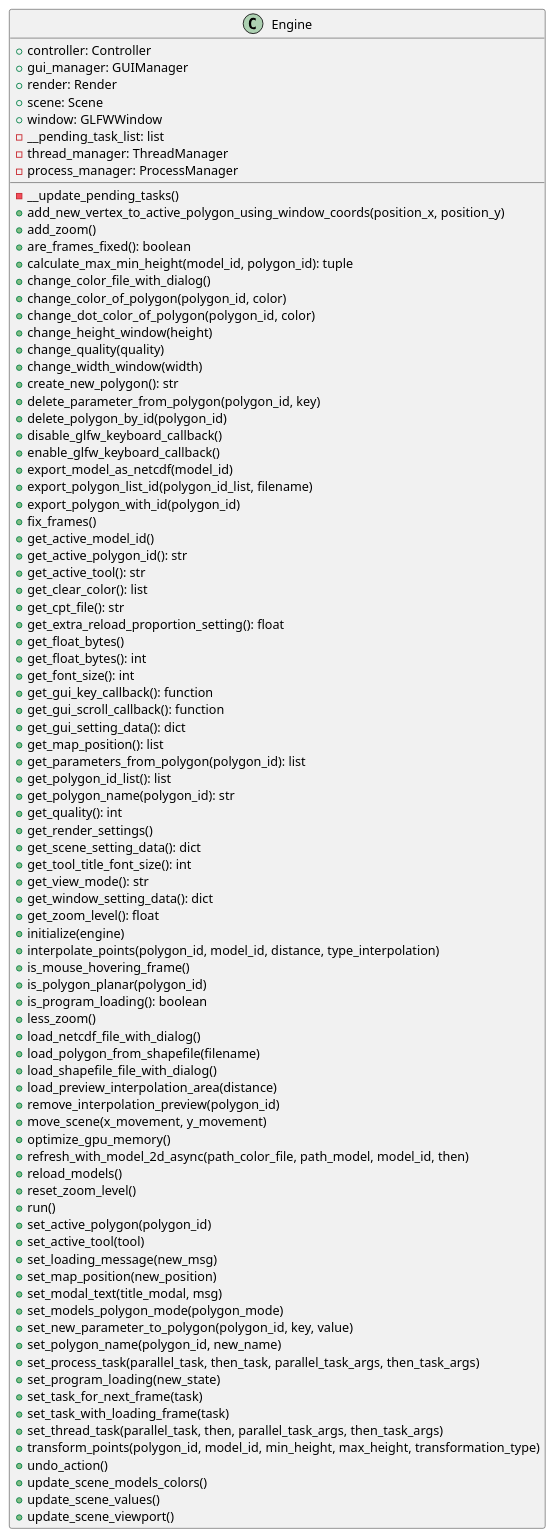
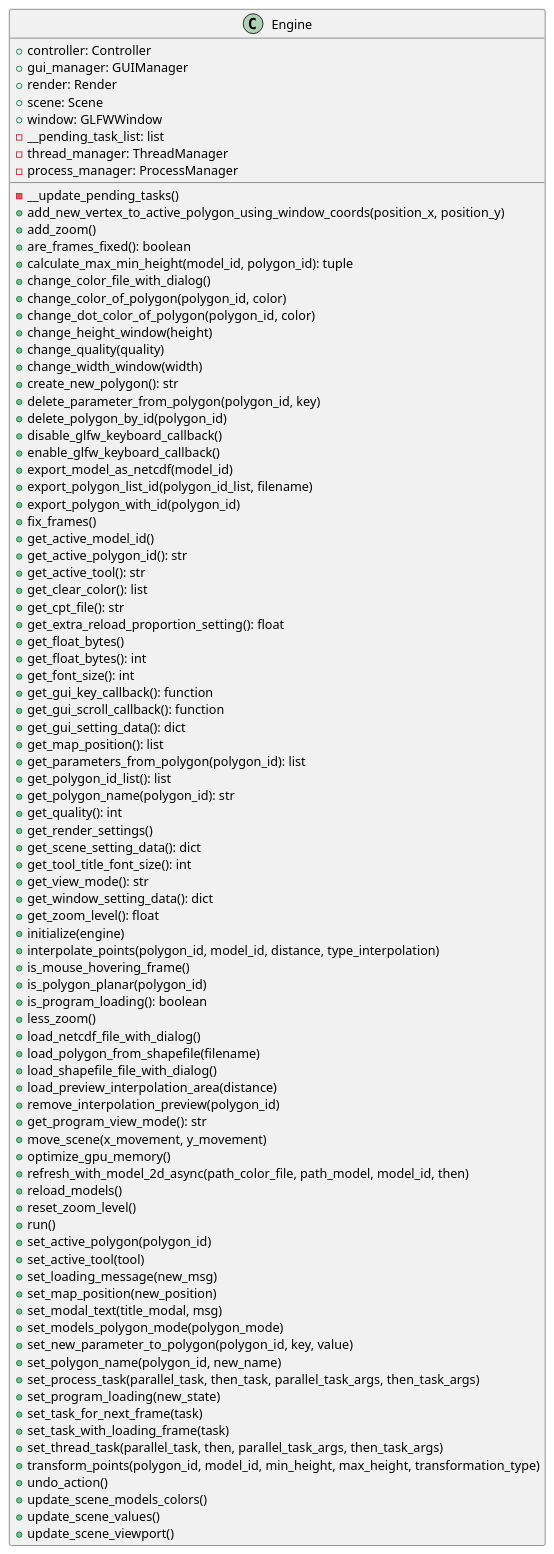
The diagram in docs/classes/Engine.puml (ferpoble2/Relief_Creator), drawn with PlantUML before and after one commit. The commit also changed 4 other files, not shown here.

Commit message:
Added connections to get the state of the view mode being used by the program

```diff
--- a/docs/classes/Engine.puml
+++ b/docs/classes/Engine.puml
@@ -1,92 +1,93 @@
 @startuml
 class Engine {
     + controller: Controller
     + gui_manager: GUIManager
     + render: Render
     + scene: Scene
     + window: GLFWWindow
     - __pending_task_list: list
     - thread_manager: ThreadManager
     - process_manager: ProcessManager
 
     - __update_pending_tasks()
     + add_new_vertex_to_active_polygon_using_window_coords(position_x, position_y)
     + add_zoom()
     + are_frames_fixed(): boolean
     + calculate_max_min_height(model_id, polygon_id): tuple
     + change_color_file_with_dialog()
     + change_color_of_polygon(polygon_id, color)
     + change_dot_color_of_polygon(polygon_id,  color)
     + change_height_window(height)
     + change_quality(quality)
     + change_width_window(width)
     + create_new_polygon(): str
     + delete_parameter_from_polygon(polygon_id, key)
     + delete_polygon_by_id(polygon_id)
     + disable_glfw_keyboard_callback()
     + enable_glfw_keyboard_callback()
     + export_model_as_netcdf(model_id)
     + export_polygon_list_id(polygon_id_list, filename)
     + export_polygon_with_id(polygon_id)
     + fix_frames()
     + get_active_model_id()
     + get_active_polygon_id(): str
     + get_active_tool(): str
     + get_clear_color(): list
     + get_cpt_file(): str
     + get_extra_reload_proportion_setting(): float
     + get_float_bytes()
     + get_float_bytes(): int
     + get_font_size(): int
     + get_gui_key_callback(): function
     + get_gui_scroll_callback(): function
     + get_gui_setting_data(): dict
     + get_map_position(): list
     + get_parameters_from_polygon(polygon_id): list
     + get_polygon_id_list(): list
     + get_polygon_name(polygon_id): str
     + get_quality(): int
     + get_render_settings()
     + get_scene_setting_data(): dict
     + get_tool_title_font_size(): int
     + get_view_mode(): str
     + get_window_setting_data(): dict
     + get_zoom_level(): float
     + initialize(engine)
     + interpolate_points(polygon_id, model_id, distance, type_interpolation)
     + is_mouse_hovering_frame()
     + is_polygon_planar(polygon_id)
     + is_program_loading(): boolean
     + less_zoom()
     + load_netcdf_file_with_dialog()
     + load_polygon_from_shapefile(filename)
     + load_shapefile_file_with_dialog()
     + load_preview_interpolation_area(distance)
     + remove_interpolation_preview(polygon_id)
+    + get_program_view_mode(): str
     + move_scene(x_movement, y_movement)
     + optimize_gpu_memory()
     + refresh_with_model_2d_async(path_color_file, path_model, model_id, then)
     + reload_models()
     + reset_zoom_level()
     + run()
     + set_active_polygon(polygon_id)
     + set_active_tool(tool)
     + set_loading_message(new_msg)
     + set_map_position(new_position)
     + set_modal_text(title_modal, msg)
     + set_models_polygon_mode(polygon_mode)
     + set_new_parameter_to_polygon(polygon_id, key, value)
     + set_polygon_name(polygon_id, new_name)
     + set_process_task(parallel_task, then_task, parallel_task_args, then_task_args)
     + set_program_loading(new_state)
     + set_task_for_next_frame(task)
     + set_task_with_loading_frame(task)
     + set_thread_task(parallel_task, then, parallel_task_args, then_task_args)
     + transform_points(polygon_id, model_id, min_height, max_height, transformation_type)
     + undo_action()
     + update_scene_models_colors()
     + update_scene_values()
     + update_scene_viewport()
 }
 
 @enduml
```
